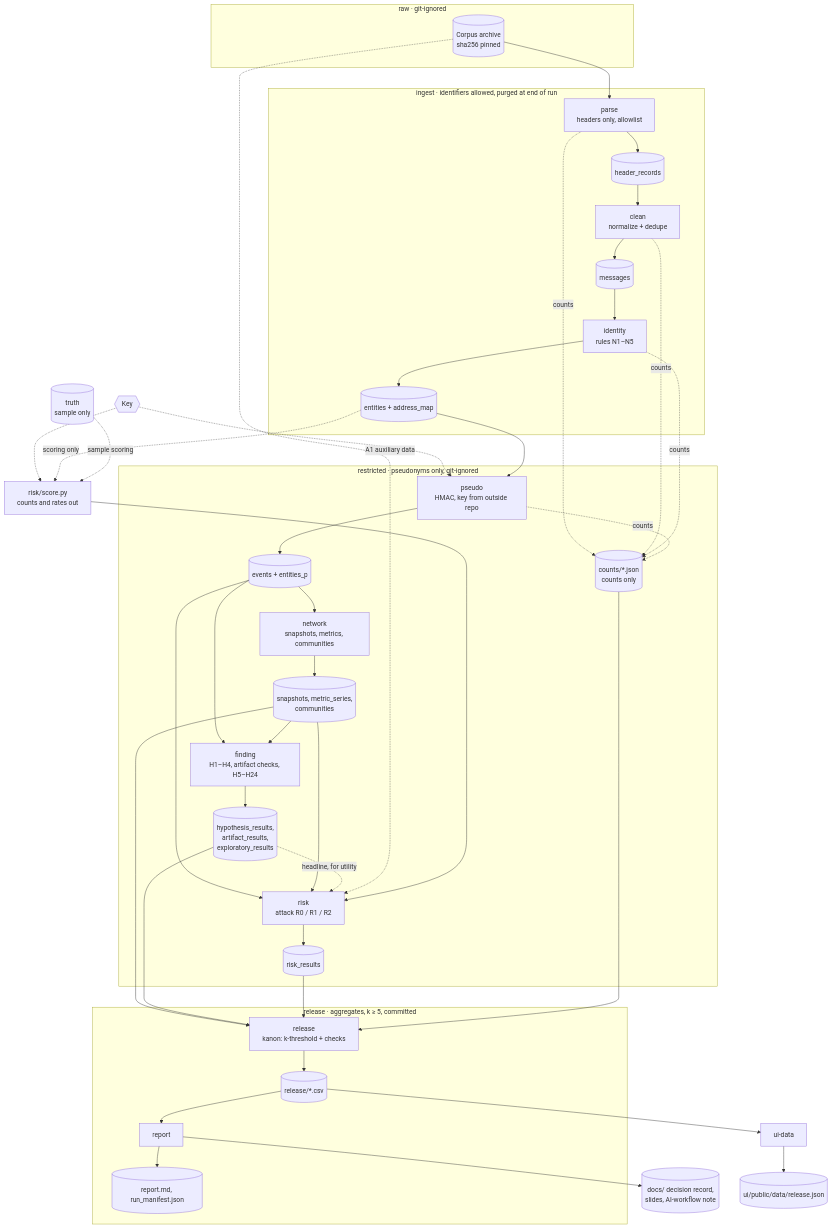
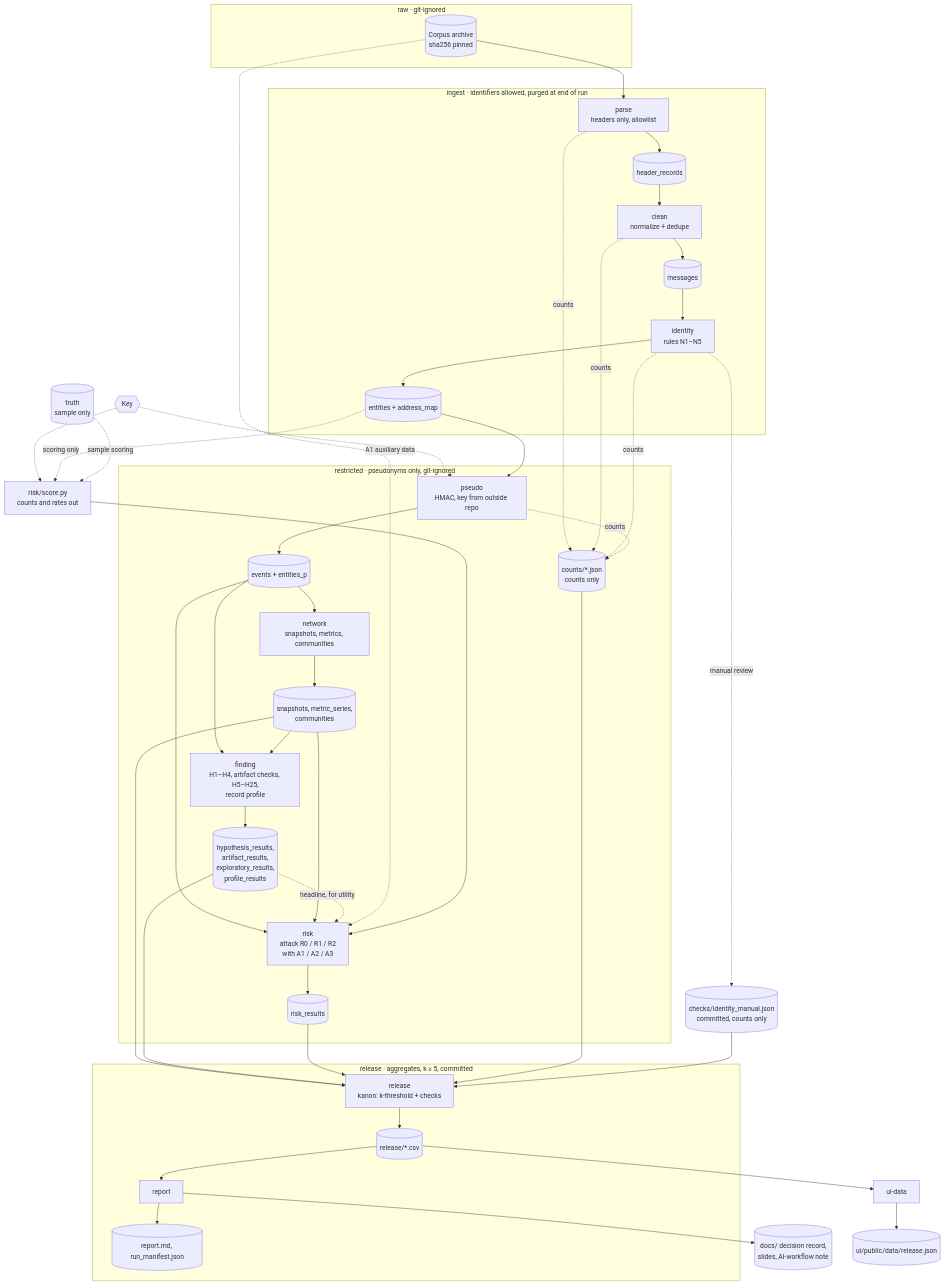
One commit to marcusvieira88/network-science changed the first of 6 diagrams in docs/architecture.md. Above: the diagram before and after it, drawn with Mermaid. The commit also changed other lines of this file and 17 other files, not shown here.

First line of the commit message:
Docs: final review against the code and the committed release

````diff
--- a/docs/architecture.md
+++ b/docs/architecture.md
@@ -13,49 +13,51 @@
 ```mermaid
 flowchart TB
     subgraph RAW["raw · git-ignored"]
         A[(Corpus archive<br/>sha256 pinned)]
     end
     subgraph ING["ingest · identifiers allowed, purged at end of run"]
         S1[parse<br/>headers only, allowlist]
         S2[clean<br/>normalize + dedupe]
         S3[identity<br/>rules N1–N5]
         T1[(header_records)]
         T2[(messages)]
         T3[(entities + address_map)]
     end
     subgraph RES["restricted · pseudonyms only, git-ignored"]
         S4[pseudo<br/>HMAC, key from outside repo]
         T4[(events + entities_p)]
         S5[network<br/>snapshots, metrics, communities]
         T5[(snapshots, metric_series,<br/>communities)]
-        S6[finding<br/>H1–H4, artifact checks, H5–H24]
-        T6[(hypothesis_results,<br/>artifact_results,<br/>exploratory_results)]
-        S7[risk<br/>attack R0 / R1 / R2]
+        S6[finding<br/>H1–H4, artifact checks, H5–H25,<br/>record profile]
+        T6[(hypothesis_results,<br/>artifact_results,<br/>exploratory_results,<br/>profile_results)]
+        S7[risk<br/>attack R0 / R1 / R2<br/>with A1 / A2 / A3]
         T7[(risk_results)]
         CT[(counts/*.json<br/>counts only)]
     end
     TR[(truth<br/>sample only)]
+    CK[(checks/identity_manual.json<br/>committed, counts only)]
     subgraph REL["release · aggregates, k ≥ 5, committed"]
         S8[release<br/>kanon: k-threshold + checks]
         T8[(release/*.csv)]
         S9[report]
         RP[(report.md, run_manifest.json)]
     end
     DOCS[(docs/ decision record,<br/>slides, AI-workflow note)]
     UI[(ui/public/data/release.json)]
     S10[ui-data]
     K{{Key}} -.-> S4
     K -.-> SC
     A --> S1 --> T1 --> S2 --> T2 --> S3 --> T3 --> S4 --> T4
     T4 --> S5 --> T5
     T4 & T5 --> S6 --> T6
     T4 & T5 --> S7 --> T7
     T6 -. headline, for utility .-> S7
     A -. A1 auxiliary data .-> S7
     T3 -. scoring only .-> SC[risk/score.py<br/>counts and rates out] --> S7
     TR -. sample scoring .-> SC
     S1 & S2 & S3 & S4 -. counts .-> CT
-    T5 & T6 & T7 & CT --> S8 --> T8 --> S9 --> RP
+    S3 -. manual review .-> CK
+    T5 & T6 & T7 & CT & CK --> S8 --> T8 --> S9 --> RP
     S9 --> DOCS
     T8 --> S10 --> UI
 ```
````
